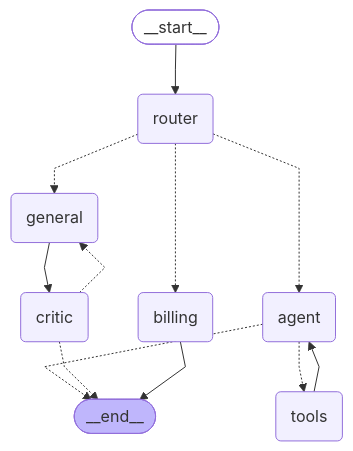
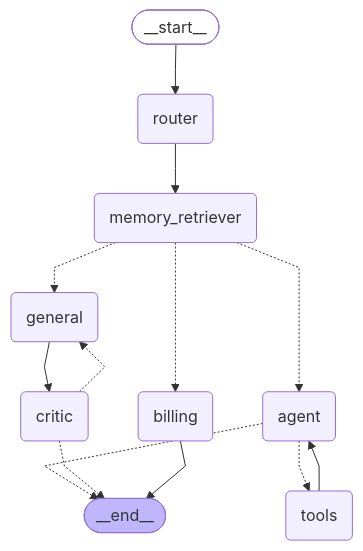
Before and after one commit to shaynemeyer/agentic-enterprise: the diagram in docs/graph-core.md, drawn with Mermaid. The commit also changed other lines of this file and 10 other files, not shown here.

````diff
--- a/docs/graph-core.md
+++ b/docs/graph-core.md
@@ -42,30 +43,32 @@
 ```mermaid
 ---
 config:
   flowchart:
     curve: linear
 ---
 graph TD;
 	__start__([<p>__start__</p>]):::first
 	router(router)
 	agent(agent)
 	tools(tools)
 	billing(billing)
 	general(general)
 	critic(critic)
+	memory_retriever(memory_retriever)
 	__end__([<p>__end__</p>]):::last
 	__start__ --> router;
 	agent -.-> __end__;
 	agent -.-> tools;
 	critic -.-> __end__;
 	critic -.-> general;
 	general --> critic;
-	router -.-> agent;
-	router -.-> billing;
-	router -.-> general;
+	memory_retriever -.-> agent;
+	memory_retriever -.-> billing;
+	memory_retriever -.-> general;
+	router --> memory_retriever;
 	tools --> agent;
 	billing --> __end__;
 	classDef default fill:#f2f0ff,line-height:1.2
 	classDef first fill-opacity:0
 	classDef last fill:#bfb6fc
 ```
````
